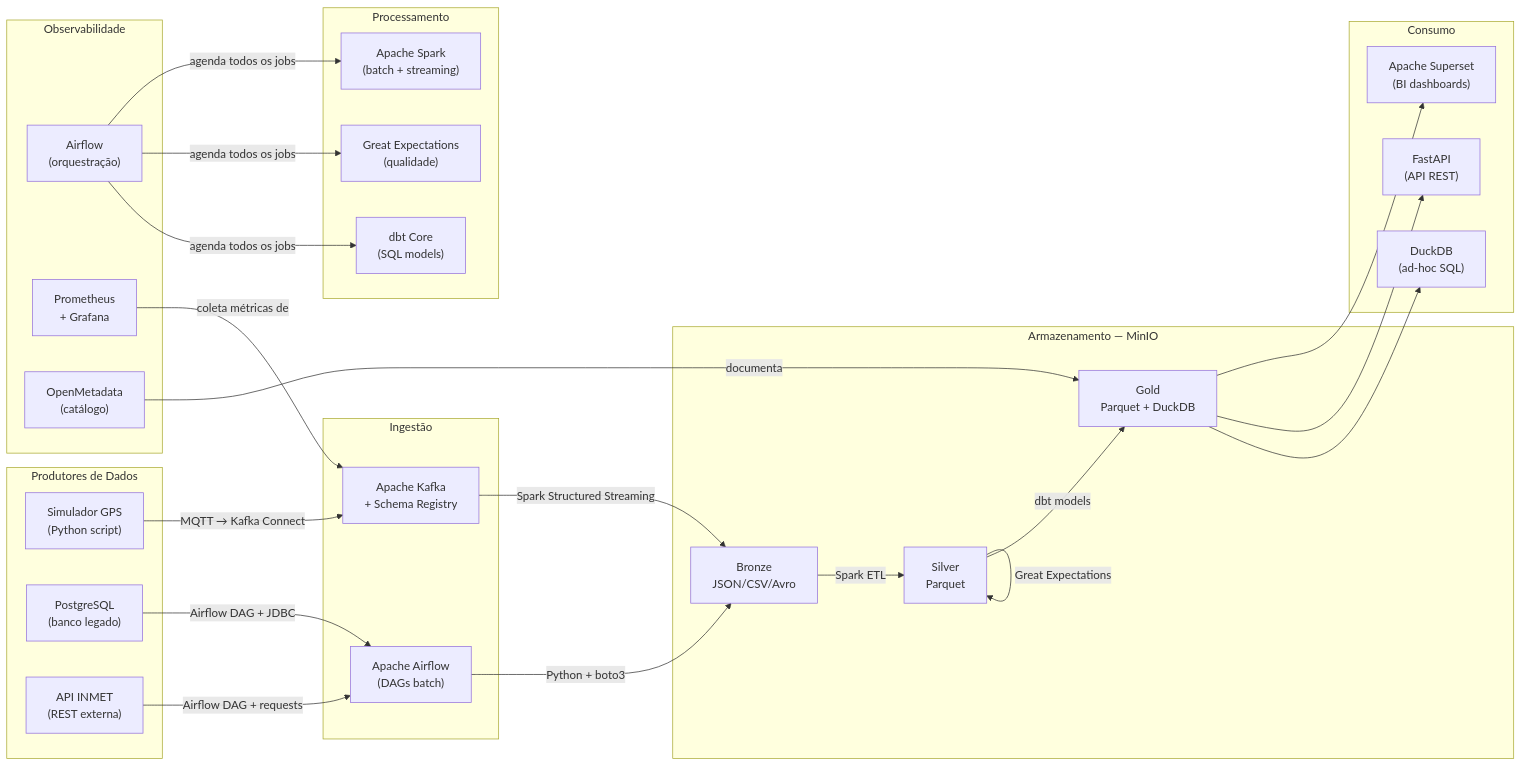
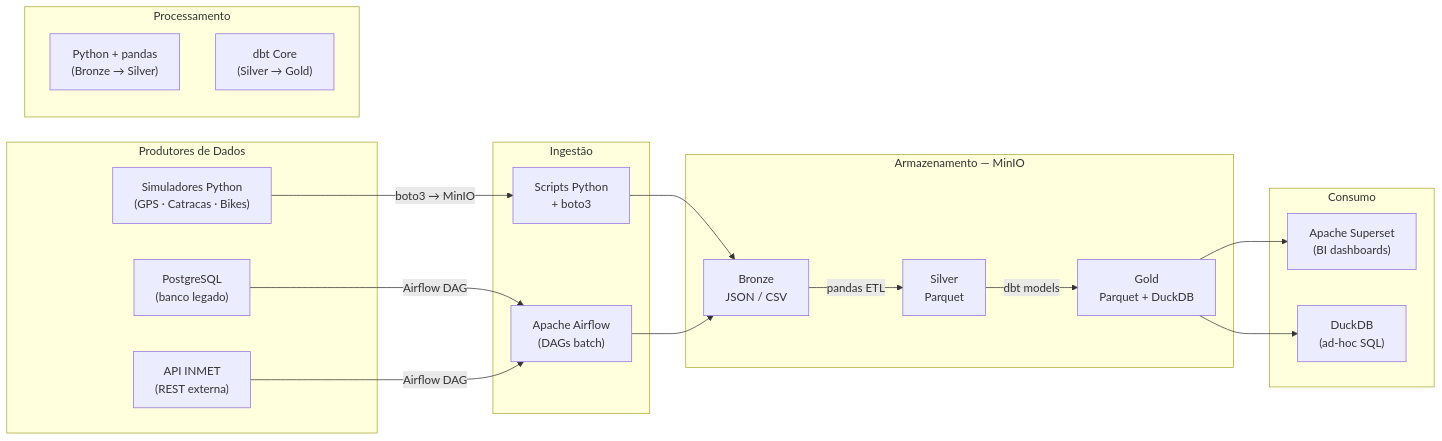
One commit to eduardohirle22/Trabalho-engenharia-de-dados changed the diagram in mobilidade-urbana-dataeng/docs/05-tecnologias.md. Above: the diagram before and after it, drawn with Mermaid. The commit also changed other lines of this file and 10 other files, not shown here.

````diff
--- a/mobilidade-urbana-dataeng/docs/05-tecnologias.md
+++ b/mobilidade-urbana-dataeng/docs/05-tecnologias.md
@@ -9,58 +9,42 @@
 ```mermaid
 graph LR
     subgraph PRODUCERS["Produtores de Dados"]
-        GPS_P["Simulador GPS\n(Python script)"]
+        SIM_P["Simuladores Python\n(GPS · Catracas · Bikes)"]
         PG_P["PostgreSQL\n(banco legado)"]
         API_P["API INMET\n(REST externa)"]
     end
 
     subgraph INGEST["Ingestão"]
-        KAFKA["Apache Kafka\n+ Schema Registry"]
+        SCRIPTS["Scripts Python\n+ boto3"]
         AIRFLOW_I["Apache Airflow\n(DAGs batch)"]
     end
 
     subgraph STORAGE["Armazenamento — MinIO"]
-        BRONZE_S["Bronze\nJSON/CSV/Avro"]
+        BRONZE_S["Bronze\nJSON / CSV"]
         SILVER_S["Silver\nParquet"]
         GOLD_S["Gold\nParquet + DuckDB"]
     end
 
     subgraph PROCESS["Processamento"]
-        SPARK_P["Apache Spark\n(batch + streaming)"]
-        GE_P["Great Expectations\n(qualidade)"]
-        DBT_P["dbt Core\n(SQL models)"]
+        PANDAS_P["Python + pandas\n(Bronze → Silver)"]
+        DBT_P["dbt Core\n(Silver → Gold)"]
     end
 
     subgraph SERVE["Consumo"]
         SUPERSET_S["Apache Superset\n(BI dashboards)"]
-        FASTAPI_S["FastAPI\n(API REST)"]
         DUCK_S["DuckDB\n(ad-hoc SQL)"]
     end
 
-    subgraph OPS["Observabilidade"]
-        AIRFLOW_O["Airflow\n(orquestração)"]
-        PROM_O["Prometheus\n+ Grafana"]
-        META_O["OpenMetadata\n(catálogo)"]
-    end
+    SIM_P -->|"boto3 → MinIO"| SCRIPTS
+    PG_P -->|"Airflow DAG"| AIRFLOW_I
+    API_P -->|"Airflow DAG"| AIRFLOW_I
 
-    GPS_P -->|"MQTT → Kafka Connect"| KAFKA
-    PG_P -->|"Airflow DAG + JDBC"| AIRFLOW_I
-    API_P -->|"Airflow DAG + requests"| AIRFLOW_I
+    SCRIPTS --> BRONZE_S
+    AIRFLOW_I --> BRONZE_S
 
-    KAFKA -->|"Spark Structured Streaming"| BRONZE_S
-    AIRFLOW_I -->|"Python + boto3"| BRONZE_S
-
-    BRONZE_S -->|"Spark ETL"| SILVER_S
-    SILVER_S -->|"Great Expectations"| SILVER_S
+    BRONZE_S -->|"pandas ETL"| SILVER_S
     SILVER_S -->|"dbt models"| GOLD_S
 
     GOLD_S --> SUPERSET_S
-    GOLD_S --> FASTAPI_S
     GOLD_S --> DUCK_S
-
-    AIRFLOW_O -->|"agenda todos os jobs"| SPARK_P
-    AIRFLOW_O -->|"agenda todos os jobs"| GE_P
-    AIRFLOW_O -->|"agenda todos os jobs"| DBT_P
-    PROM_O -->|"coleta métricas de"| KAFKA
-    META_O -->|"documenta"| GOLD_S
 ```
````
